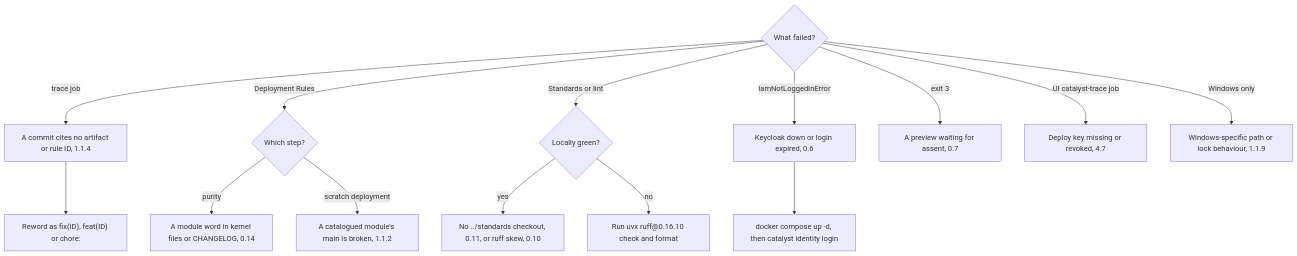
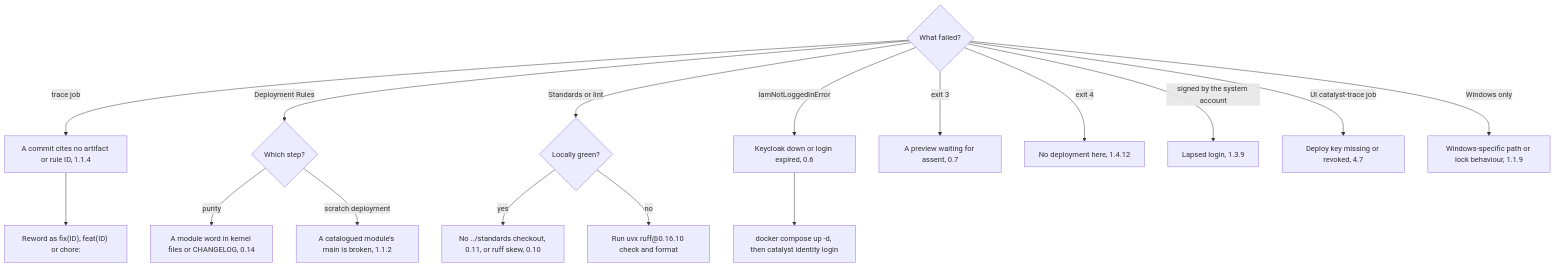
Before and after one commit to cantica-tech/catalyst-docs: diagram 12 of 12 in docs/guide/manual/80-oddities.md, drawn with Mermaid. The commit also changed other lines of this file and 9 other files, not shown here.

````diff
--- a/docs/guide/manual/80-oddities.md
+++ b/docs/guide/manual/80-oddities.md
@@ -468,17 +494,19 @@
 ```mermaid
 flowchart TD
     start{"What failed?"}
     start -->|"trace job"| tr["A commit cites no artifact or rule ID, 1.1.4"]
     tr --> trf["Reword as fix(ID), feat(ID) or chore:"]
     start -->|"Deployment Rules"| dr{"Which step?"}
     dr -->|"purity"| pu["A module word in kernel files or CHANGELOG, 0.14"]
     dr -->|"scratch deployment"| sd["A catalogued module's main is broken, 1.1.2"]
     start -->|"Standards or lint"| li{"Locally green?"}
     li -->|"yes"| sk["No ../standards checkout, 0.11, or ruff skew, 0.10"]
     li -->|"no"| fx["Run uvx ruff@0.16.10 check and format"]
     start -->|"IamNotLoggedInError"| kc["Keycloak down or login expired, 0.6"]
     kc --> kcf["docker compose up -d, then catalyst identity login"]
     start -->|"exit 3"| as["A preview waiting for assent, 0.7"]
+    start -->|"exit 4"| nd["No deployment here, 1.4.12"]
+    start -->|"signed by the system account"| sa["Lapsed login, 1.3.9"]
     start -->|"UI catalyst-trace job"| ui["Deploy key missing or revoked, 4.7"]
     start -->|"Windows only"| win["Windows-specific path or lock behaviour, 1.1.9"]
 ```
````
